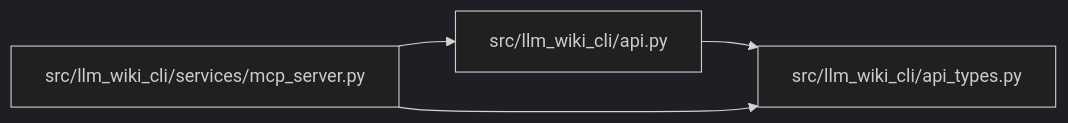
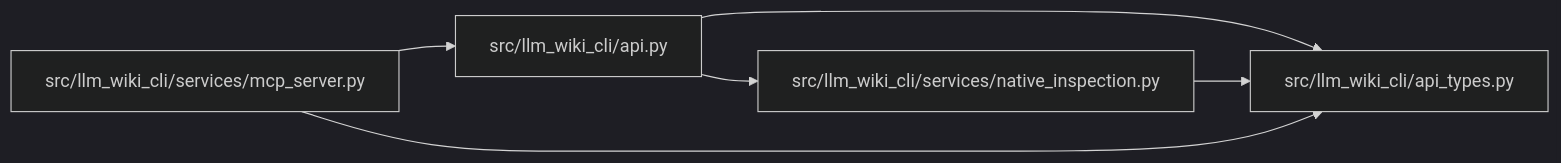
One commit to Denissvgn/python-wiki-llm changed the diagram in docs/llm_wiki/modules/api_types.md. Above: the diagram before and after it, drawn with Mermaid (dark theme). The commit also changed other lines of this file and 398 other files, not shown here.

````diff
--- a/docs/llm_wiki/modules/api_types.md
+++ b/docs/llm_wiki/modules/api_types.md
@@ -24,12 +24,16 @@
 ```mermaid
 flowchart LR
     n0["src/llm_wiki_cli/api.py"]
     n1["src/llm_wiki_cli/api_types.py"]
     n2["src/llm_wiki_cli/services/mcp_server.py"]
+    n3["src/llm_wiki_cli/services/native_inspection.py"]
     n0 --> n1
+    n0 --> n3
     n2 --> n0
     n2 --> n1
+    n3 --> n1
     click n0 "../modules/api.md"
     click n1 "../modules/api_types.md"
     click n2 "../modules/mcp_server.md"
+    click n3 "../modules/native_inspection.md"
 ```
````
